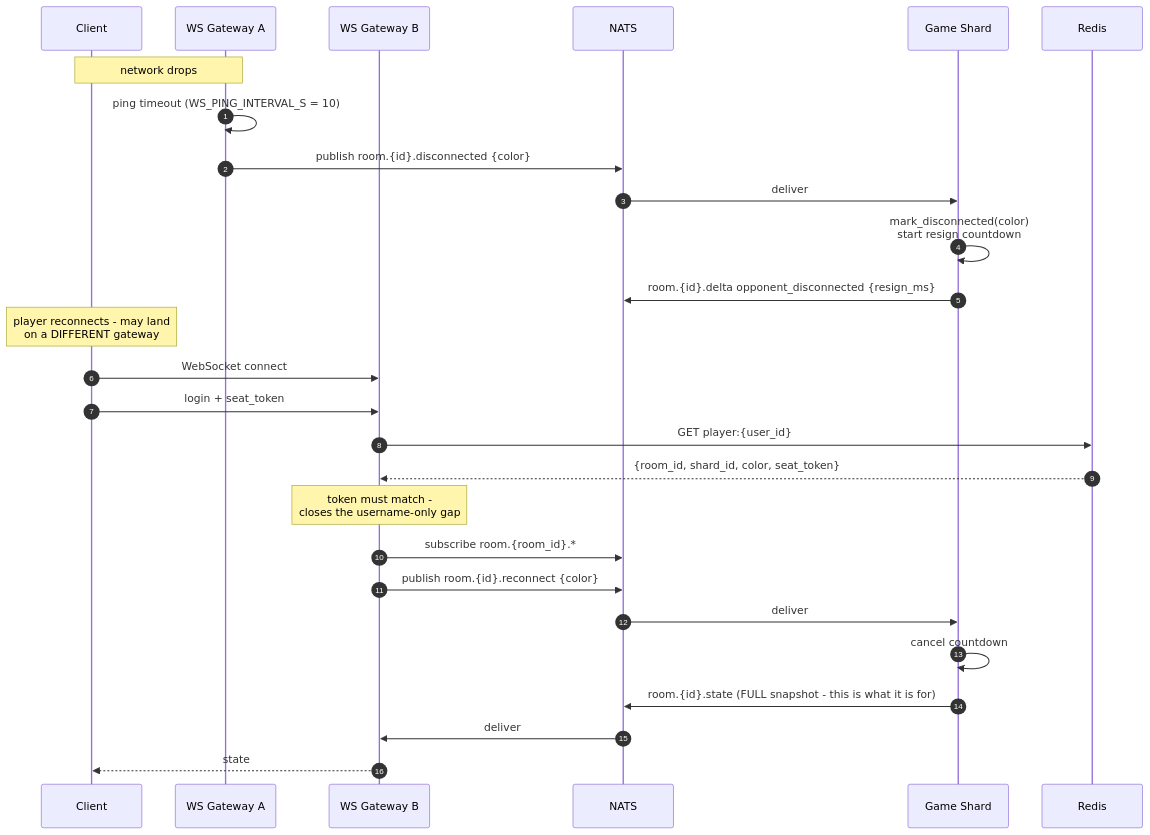
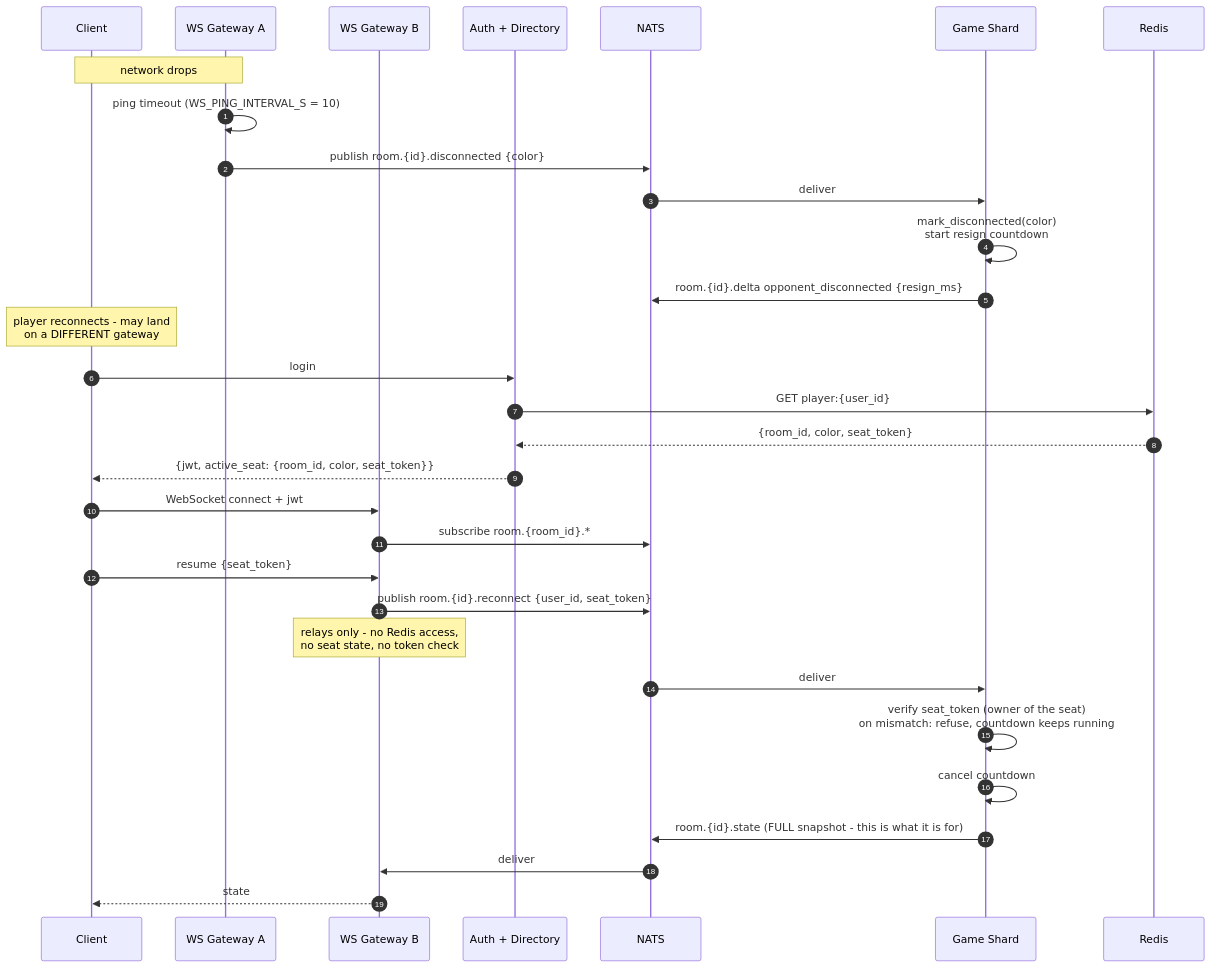
The fifth of 7 diagrams in Server_Design_EN.md (efratkamatech/kung_fu_chess), drawn with Mermaid before and after one commit. The commit also changed other lines of this file and 29 other files, not shown here.

````diff
--- a/Server_Design_EN.md
+++ b/Server_Design_EN.md
@@ -968,33 +981,38 @@
 ```mermaid
 sequenceDiagram
     autonumber
     participant C as Client
     participant WS1 as WS Gateway A
     participant WS2 as WS Gateway B
+    participant A as Auth + Directory
     participant N as NATS
     participant SH as Game Shard
     participant R as Redis
 
     Note over C,WS1: network drops
     WS1->>WS1: ping timeout (WS_PING_INTERVAL_S = 10)
     WS1->>N: publish room.{id}.disconnected {color}
     N->>SH: deliver
     SH->>SH: mark_disconnected(color)<br/>start resign countdown
     SH->>N: room.{id}.delta opponent_disconnected {resign_ms}
 
     Note over C: player reconnects - may land<br/>on a DIFFERENT gateway
 
-    C->>WS2: WebSocket connect
-    C->>WS2: login + seat_token
-    WS2->>R: GET player:{user_id}
-    R-->>WS2: {room_id, shard_id, color, seat_token}
-    Note over WS2: token must match -<br/>closes the username-only gap
+    C->>A: login
+    A->>R: GET player:{user_id}
+    R-->>A: {room_id, color, seat_token}
+    A-->>C: {jwt, active_seat: {room_id, color, seat_token}}
 
+    C->>WS2: WebSocket connect + jwt
     WS2->>N: subscribe room.{room_id}.*
-    WS2->>N: publish room.{id}.reconnect {color}
+    C->>WS2: resume {seat_token}
+    WS2->>N: publish room.{id}.reconnect {user_id, seat_token}
+    Note over WS2: relays only - no Redis access,<br/>no seat state, no token check
+
     N->>SH: deliver
+    SH->>SH: verify seat_token (owner of the seat)<br/>on mismatch: refuse, countdown keeps running
     SH->>SH: cancel countdown
     SH->>N: room.{id}.state (FULL snapshot - this is what it is for)
     N->>WS2: deliver
     WS2-->>C: state
 ```
````
